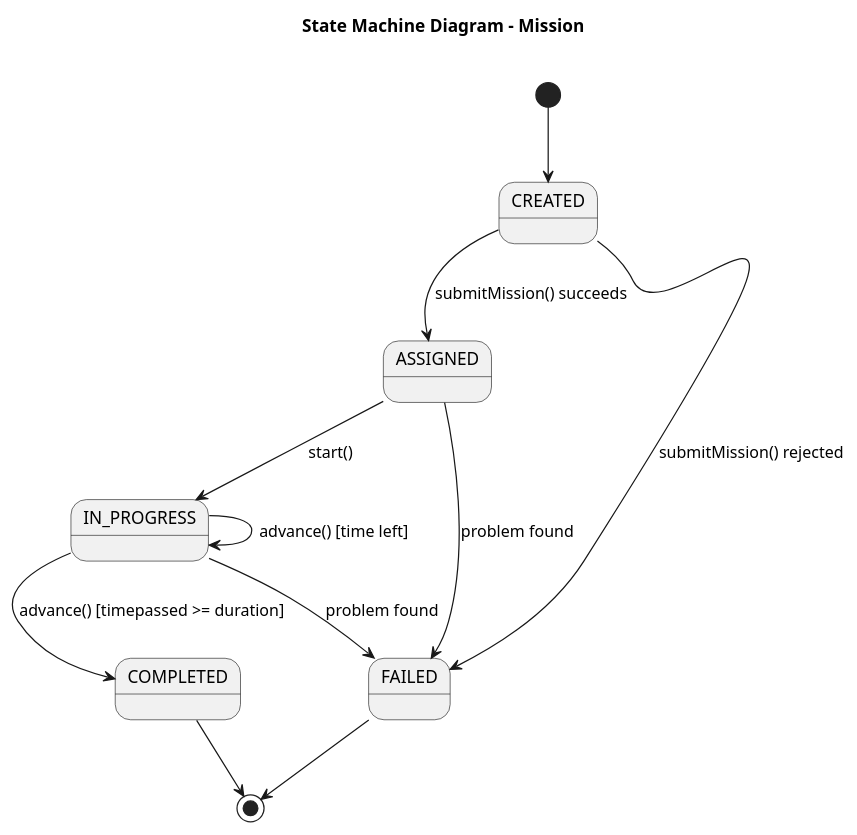
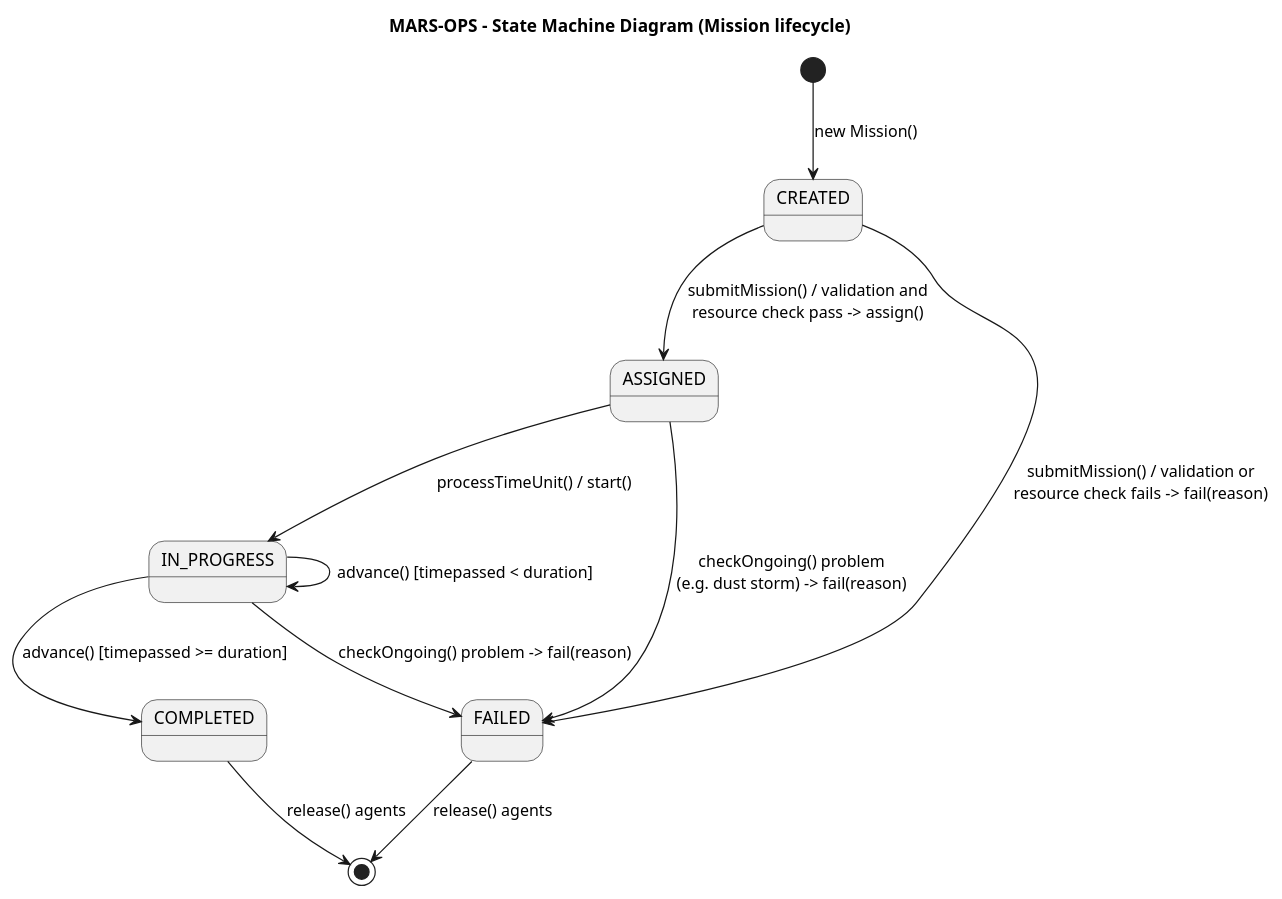
Before and after one commit to a7medhassan-159/Prog-II-Lab5-Mars-Colony-: the diagram in uml/03_state_machine_mission.puml, drawn with PlantUML. The commit also changed 15 other files, not shown here.

```diff
--- a/uml/03_state_machine_mission.puml
+++ b/uml/03_state_machine_mission.puml
@@ -1,14 +1,19 @@
-@startuml
-title State Machine Diagram - Mission
+@startuml 03_state_machine_mission
+title MARS-OPS - State Machine Diagram (Mission lifecycle)
+skinparam shadowing false
 
-[*] --> CREATED
-CREATED --> ASSIGNED : submitMission() succeeds
-CREATED --> FAILED : submitMission() rejected
-ASSIGNED --> IN_PROGRESS : start()
-ASSIGNED --> FAILED : problem found
-IN_PROGRESS --> IN_PROGRESS : advance() [time left]
+[*] --> CREATED : new Mission()
+
+CREATED --> ASSIGNED : submitMission() / validation and\nresource check pass -> assign()
+CREATED --> FAILED : submitMission() / validation or\nresource check fails -> fail(reason)
+
+ASSIGNED --> IN_PROGRESS : processTimeUnit() / start()
+ASSIGNED --> FAILED : checkOngoing() problem\n(e.g. dust storm) -> fail(reason)
+
+IN_PROGRESS --> IN_PROGRESS : advance() [timepassed < duration]
 IN_PROGRESS --> COMPLETED : advance() [timepassed >= duration]
-IN_PROGRESS --> FAILED : problem found
-COMPLETED --> [*]
-FAILED --> [*]
+IN_PROGRESS --> FAILED : checkOngoing() problem -> fail(reason)
+
+COMPLETED --> [*] : release() agents
+FAILED --> [*] : release() agents
 @enduml
```
